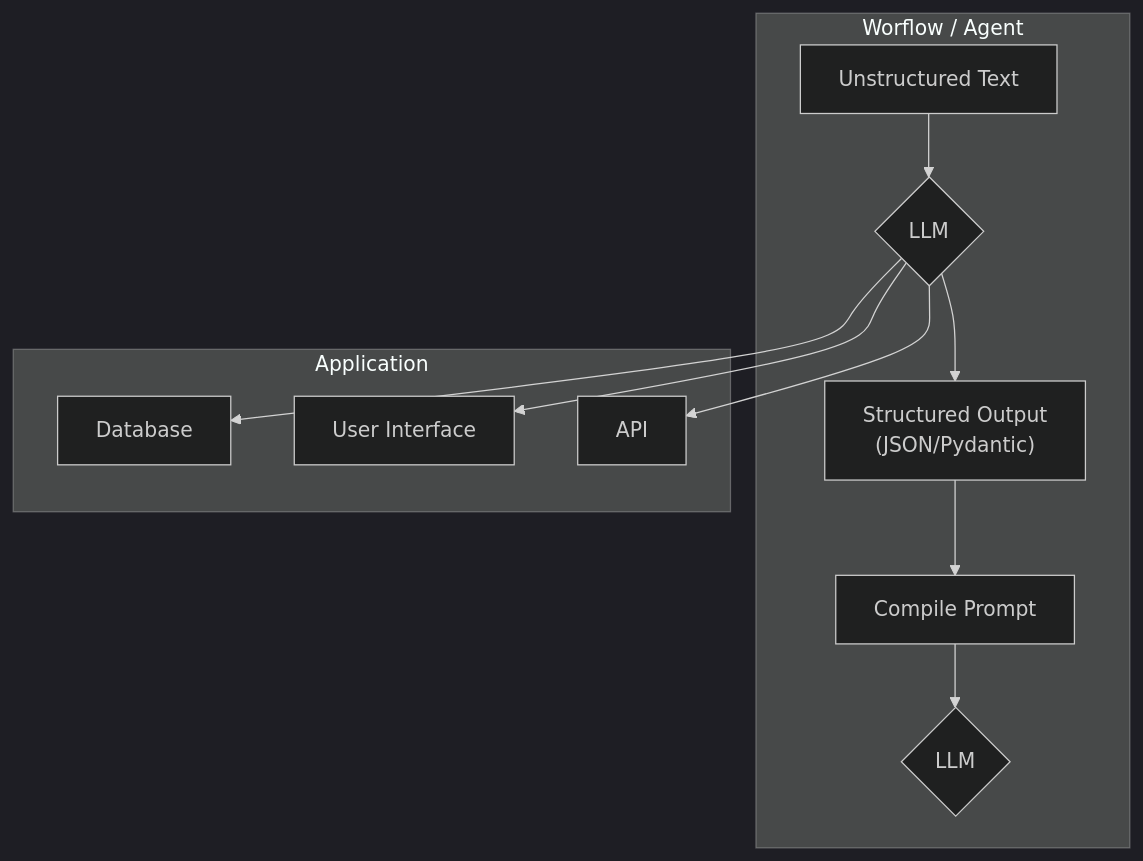
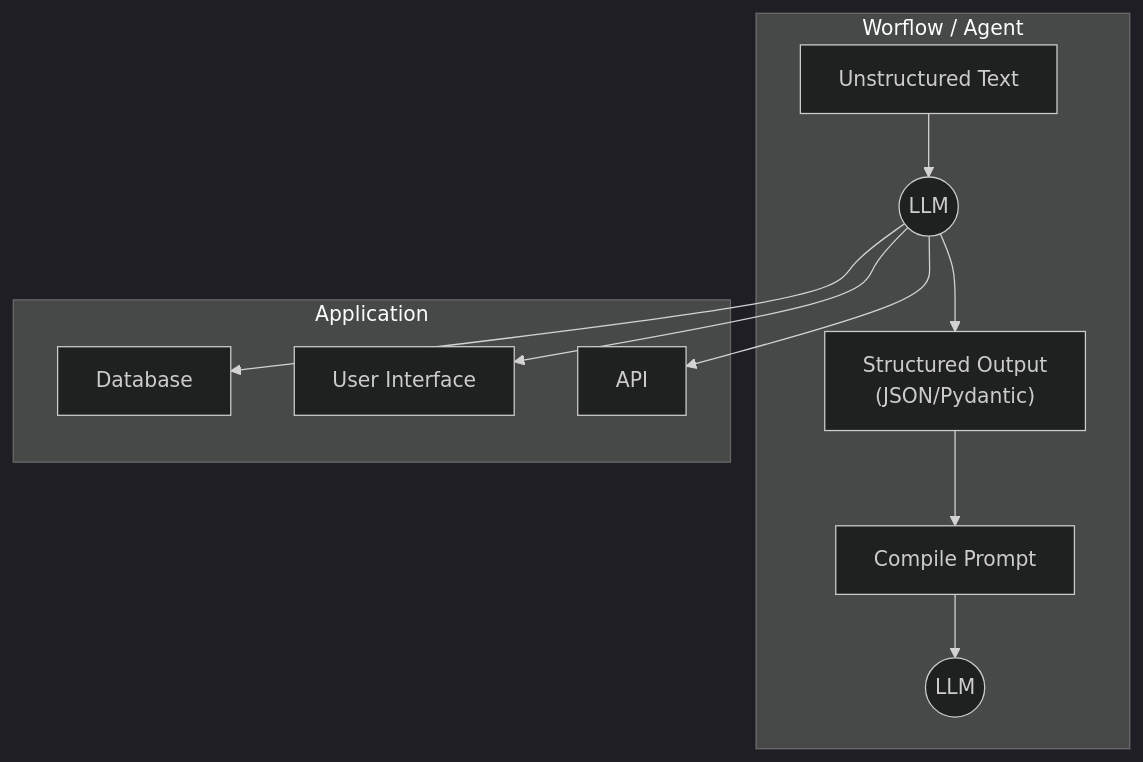
The second of 2 diagrams in lessons/04_structured_outputs/article.md (shoaibkhanz/agentic-ai-engineering-course), drawn with Mermaid (dark theme) before and after one commit.

Commit message:
feat: Tweak L4

````diff
--- a/lessons/04_structured_outputs/article.md
+++ b/lessons/04_structured_outputs/article.md
@@ -32,19 +32,19 @@
 ```mermaid
 flowchart TD
     subgraph "Worflow / Agent"
-        A["Unstructured Text"] --> B{"LLM"};
+        A["Unstructured Text"] --> B(("LLM"));
         B --> C["Structured Output <br> (JSON/Pydantic)"];
         C --> D["Compile Prompt"];
-        D --> G{"LLM"};
+        D --> G(("LLM"));
     end
     
     subgraph "Application"
         E["Database"];
         F["User Interface"];
         H["API"];
     end
     
     B --> E;
     B --> F;
     B --> H;
 ```
````
